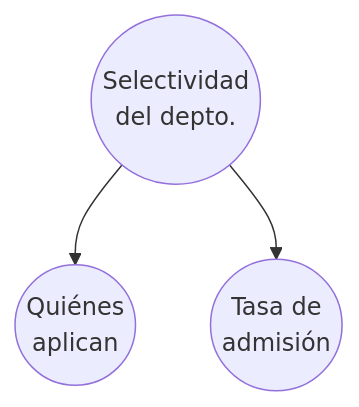
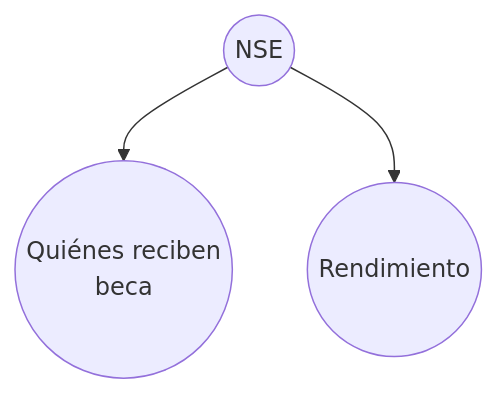
One commit to KarolCisneros/ia_p26 changed the second of 8 diagrams in clase/11_grafos_causales/01_estructuras_causales.md. Above: the diagram before and after it, drawn with Mermaid. The commit also changed other lines of this file and 3 other files, not shown here.

````diff
--- a/clase/11_grafos_causales/01_estructuras_causales.md
+++ b/clase/11_grafos_causales/01_estructuras_causales.md
@@ -52,5 +48,5 @@
 ```mermaid
 graph TD
-    S(("Selectividad<br/>del depto.")) --> G2(("Quiénes<br/>aplican"))
-    S --> A2(("Tasa de<br/>admisión"))
+    N2(("NSE")) --> B2(("Quiénes reciben<br/>beca"))
+    N2 --> R2(("Rendimiento"))
 ```
````
